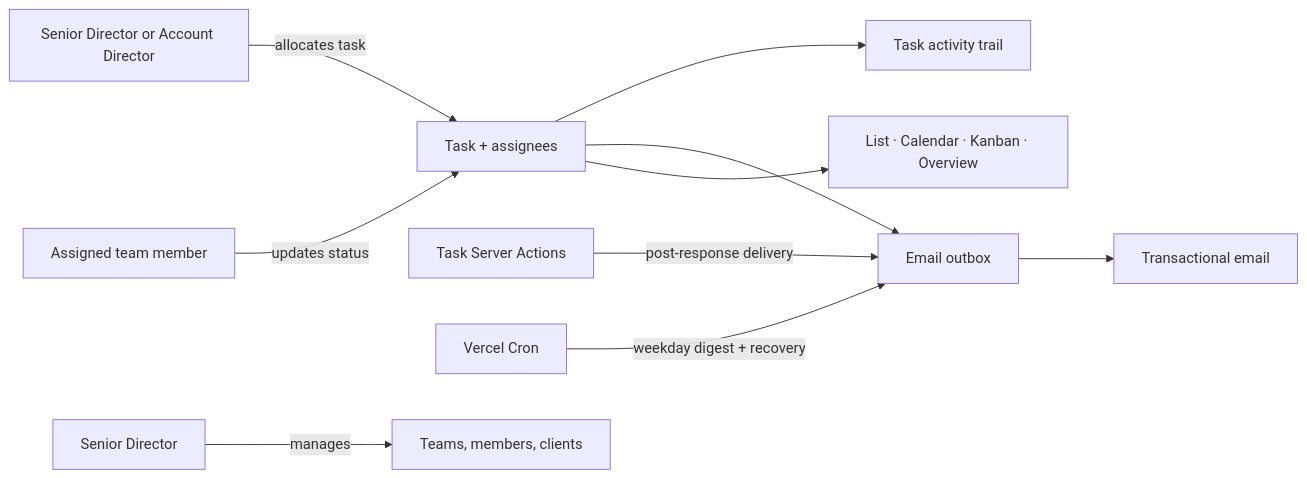
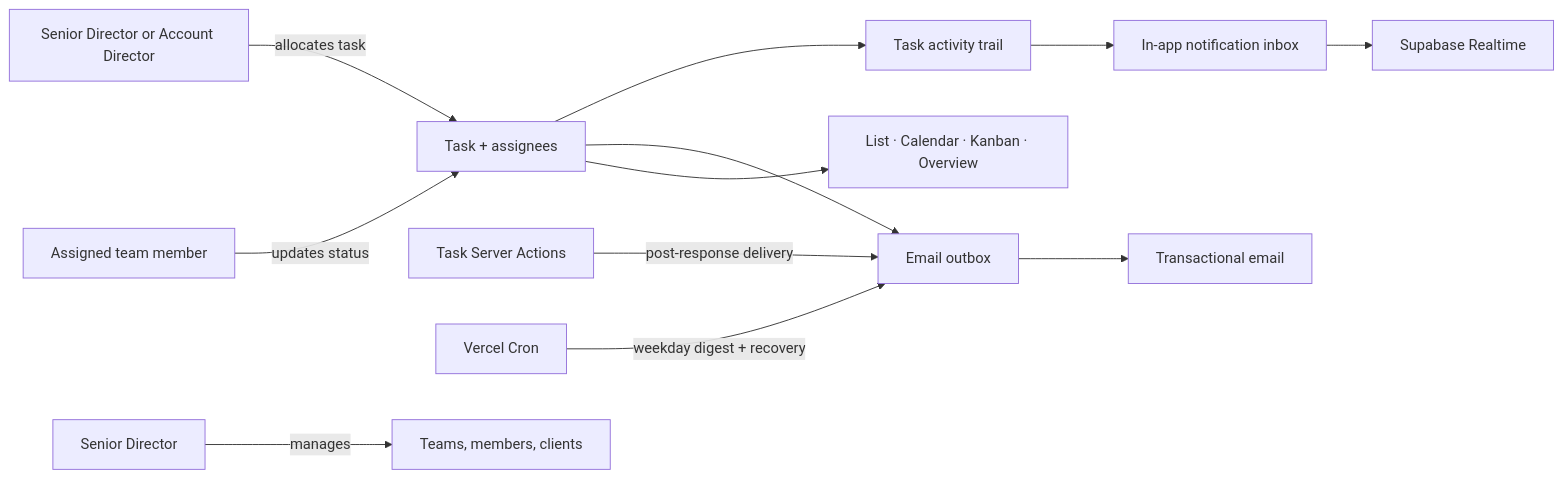
Before and after one commit to arukenimon/task-mgmt-system: the first of 2 diagrams in README.md, drawn with Mermaid. The commit also changed other lines of this file, not shown here.

````diff
--- a/README.md
+++ b/README.md
@@ -31,12 +32,14 @@
 ```mermaid
 flowchart LR
   Manager[Senior Director or Account Director] -->|allocates task| Task[Task + assignees]
   Task --> Activity[Task activity trail]
+  Activity --> Inbox[In-app notification inbox]
+  Inbox --> Realtime[Supabase Realtime]
   Task --> Outbox[Email outbox]
   Actions[Task Server Actions] -->|post-response delivery| Outbox
   Cron[Vercel Cron] -->|weekday digest + recovery| Outbox
   Outbox --> Mail[Transactional email]
   Task --> Workspace[List · Calendar · Kanban · Overview]
   Member[Assigned team member] -->|updates status| Task
   Director[Senior Director] -->|manages| Teams[Teams, members, clients]
 ```
````
